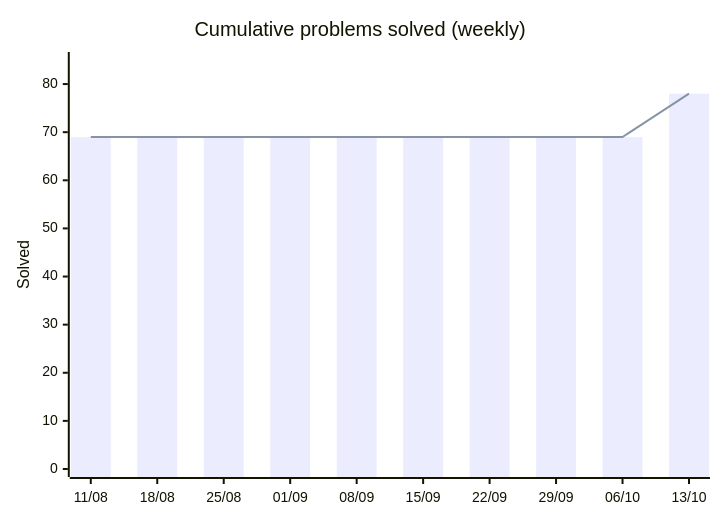
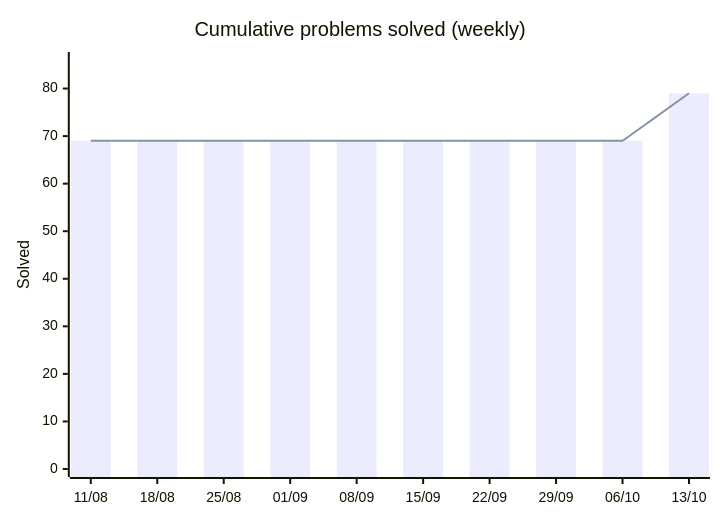
Before and after one commit to HarryTrn/TensorTonic-Solutions: the first of 2 diagrams in README.md, drawn with Mermaid. The commit also changed other lines of this file, not shown here.

````diff
--- a/README.md
+++ b/README.md
@@ -65,8 +65,8 @@
 ```mermaid
 xychart-beta
     title "Cumulative problems solved (weekly)"
     x-axis ["11/08", "18/08", "25/08", "01/09", "08/09", "15/09", "22/09", "29/09", "06/10", "13/10"]
-    y-axis "Solved" 0 --> 85
-    bar [69, 69, 69, 69, 69, 69, 69, 69, 69, 78]
-    line [69, 69, 69, 69, 69, 69, 69, 69, 69, 78]
+    y-axis "Solved" 0 --> 86
+    bar [69, 69, 69, 69, 69, 69, 69, 69, 69, 79]
+    line [69, 69, 69, 69, 69, 69, 69, 69, 69, 79]
 ```
````
